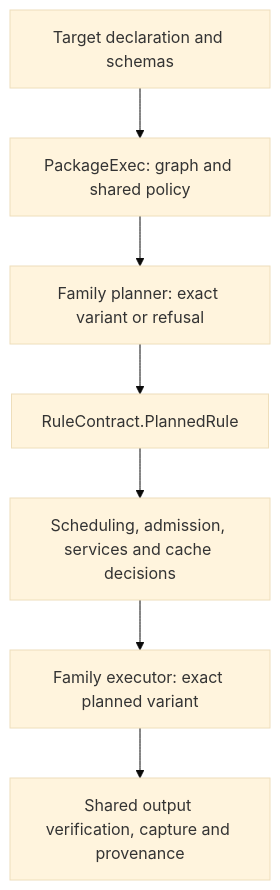
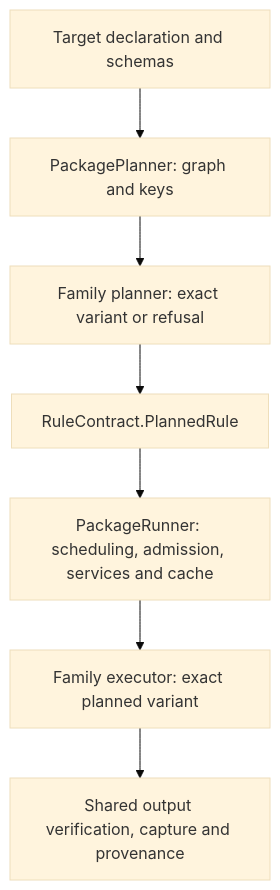
Before and after one commit to codeplaneapp/smithers: the diagram in packages/smithers/build/build-cli/docs/concepts/rule-contracts.md, drawn with Mermaid (base theme). The commit also changed other lines of this file and 48 other files, not shown here.

First line of the commit message:
refactor: centralize shared policy and derived workspace state

````diff
--- a/packages/smithers/build/build-cli/docs/concepts/rule-contracts.md
+++ b/packages/smithers/build/build-cli/docs/concepts/rule-contracts.md
@@ -25,9 +24,9 @@
 ```mermaid
 flowchart TD
-  Declaration["Target declaration and schemas"] --> Package["PackageExec: graph and shared policy"]
+  Declaration["Target declaration and schemas"] --> Package["PackagePlanner: graph and keys"]
   Package --> Plan["Family planner: exact variant or refusal"]
   Plan --> Node["RuleContract.PlannedRule"]
-  Node --> Shared["Scheduling, admission, services and cache decisions"]
+  Node --> Shared["PackageRunner: scheduling, admission, services and cache"]
   Shared --> Execute["Family executor: exact planned variant"]
   Execute --> Verify["Shared output verification, capture and provenance"]
 ```
````
